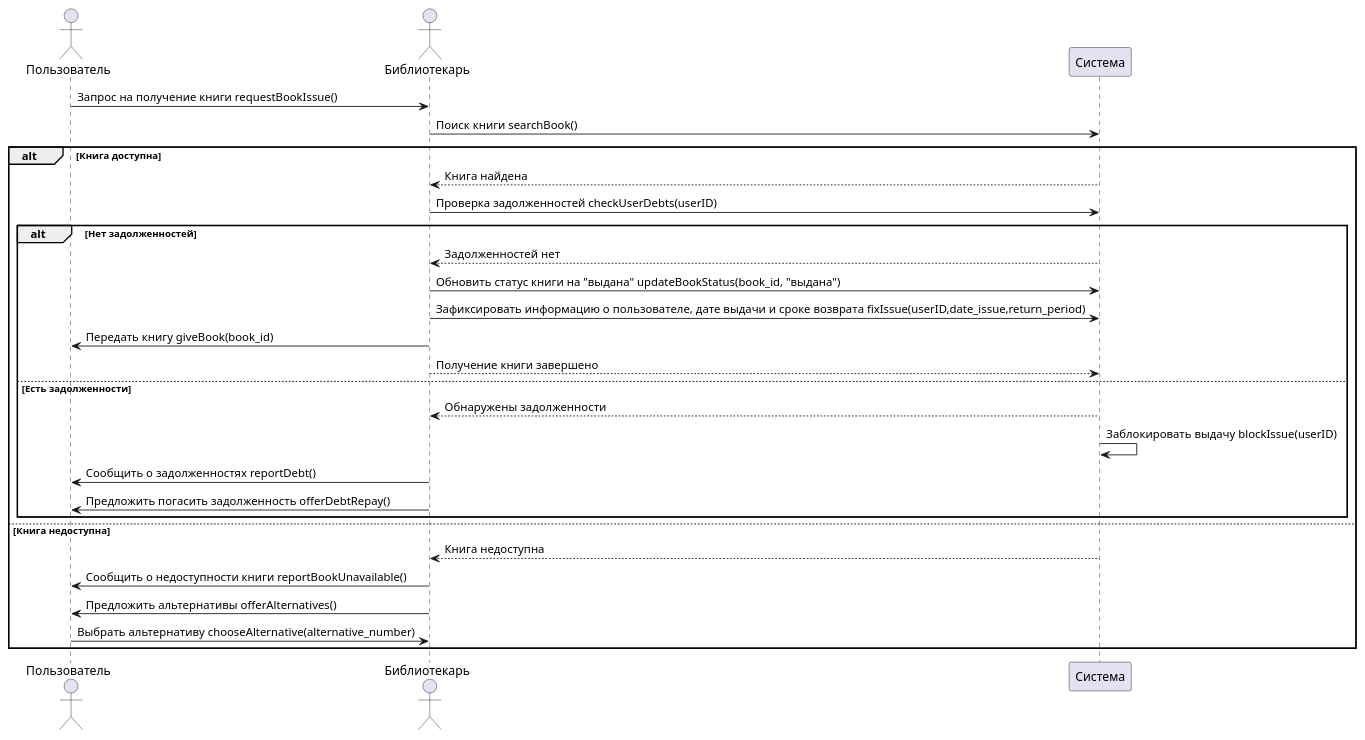
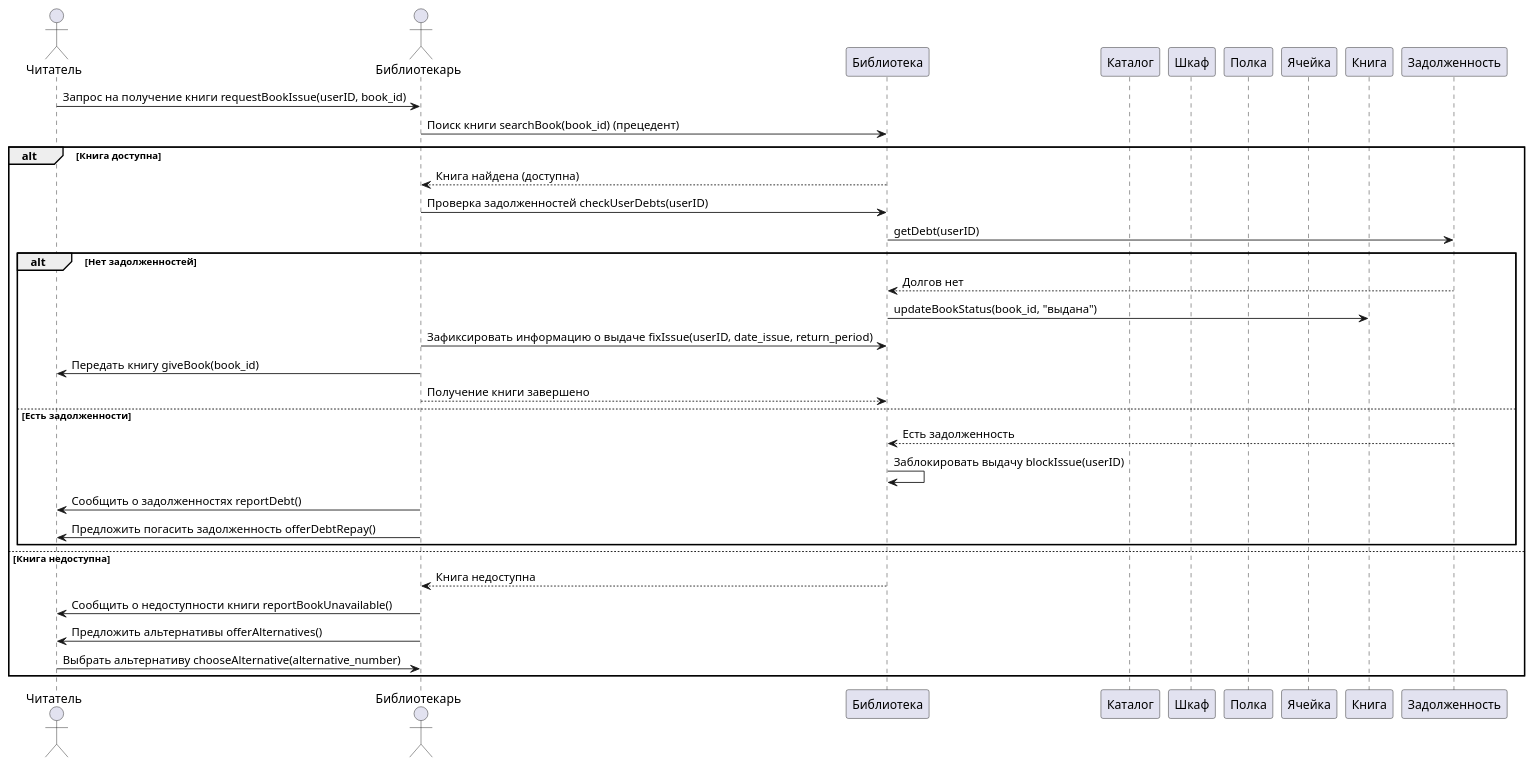
One commit to penamarth/bsbo-03-22_team1_var2 changed the diagram in Theory/Прецеденты/Выдача книги/выдача_книги_диаграмма.md. Above: the diagram before and after it, drawn with PlantUML.

```diff
--- a/Theory/Прецеденты/Выдача книги/выдача_книги_диаграмма.md
+++ b/Theory/Прецеденты/Выдача книги/выдача_книги_диаграмма.md
@@ -1,32 +1,38 @@
 @startuml
 
-actor Пользователь
+actor Читатель
 actor Библиотекарь
-participant Система
+participant Библиотека
+participant Каталог
+participant Шкаф
+participant Полка
+participant Ячейка
+participant Книга
+participant Задолженность
 
-Пользователь -> Библиотекарь : Запрос на получение книги requestBookIssue()
-Библиотекарь -> Система : Поиск книги searchBook()
-
+Читатель -> Библиотекарь : Запрос на получение книги requestBookIssue(userID, book_id)
+Библиотекарь -> Библиотека : Поиск книги searchBook(book_id) (прецедент)
 alt Книга доступна
-    Система --> Библиотекарь : Книга найдена
-    Библиотекарь -> Система : Проверка задолженностей checkUserDebts(userID)
+    Библиотека --> Библиотекарь : Книга найдена (доступна)
+    Библиотекарь -> Библиотека : Проверка задолженностей checkUserDebts(userID)
+    Библиотека -> Задолженность : getDebt(userID)
     alt Нет задолженностей
-        Система --> Библиотекарь : Задолженностей нет
-        Библиотекарь -> Система : Обновить статус книги на "выдана" updateBookStatus(book_id, "выдана")
-        Библиотекарь -> Система : Зафиксировать информацию о пользователе, дате выдачи и сроке возврата fixIssue(userID,date_issue,return_period)
-        Библиотекарь -> Пользователь : Передать книгу giveBook(book_id)
-        Библиотекарь --> Система : Получение книги завершено
+        Задолженность --> Библиотека : Долгов нет
+        Библиотека -> Книга : updateBookStatus(book_id, "выдана")
+        Библиотекарь -> Библиотека : Зафиксировать информацию о выдаче fixIssue(userID, date_issue, return_period)
+        Библиотекарь -> Читатель : Передать книгу giveBook(book_id)
+        Библиотекарь --> Библиотека : Получение книги завершено
     else Есть задолженности
-        Система --> Библиотекарь : Обнаружены задолженности
-	Система -> Система : Заблокировать выдачу blockIssue(userID)
-        Библиотекарь -> Пользователь : Сообщить о задолженностях reportDebt()
-        Библиотекарь -> Пользователь : Предложить погасить задолженность offerDebtRepay()
+        Задолженность --> Библиотека : Есть задолженность
+        Библиотека -> Библиотека : Заблокировать выдачу blockIssue(userID)
+        Библиотекарь -> Читатель : Сообщить о задолженностях reportDebt()
+        Библиотекарь -> Читатель : Предложить погасить задолженность offerDebtRepay()
     end
 else Книга недоступна
-    Система --> Библиотекарь : Книга недоступна
-    Библиотекарь -> Пользователь : Сообщить о недоступности книги reportBookUnavailable()
-    Библиотекарь -> Пользователь : Предложить альтернативы offerAlternatives()
-    Пользователь -> Библиотекарь : Выбрать альтернативу chooseAlternative(alternative_number)
+    Библиотека --> Библиотекарь : Книга недоступна
+    Библиотекарь -> Читатель : Сообщить о недоступности книги reportBookUnavailable()
+    Библиотекарь -> Читатель : Предложить альтернативы offerAlternatives()
+    Читатель -> Библиотекарь : Выбрать альтернативу chooseAlternative(alternative_number)
 end
 
 @enduml
```
